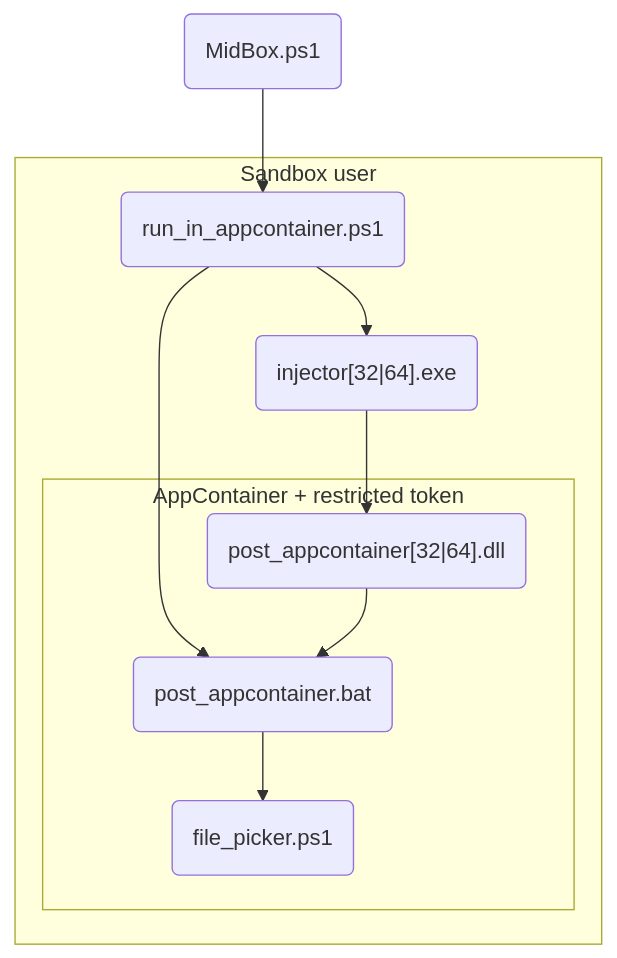
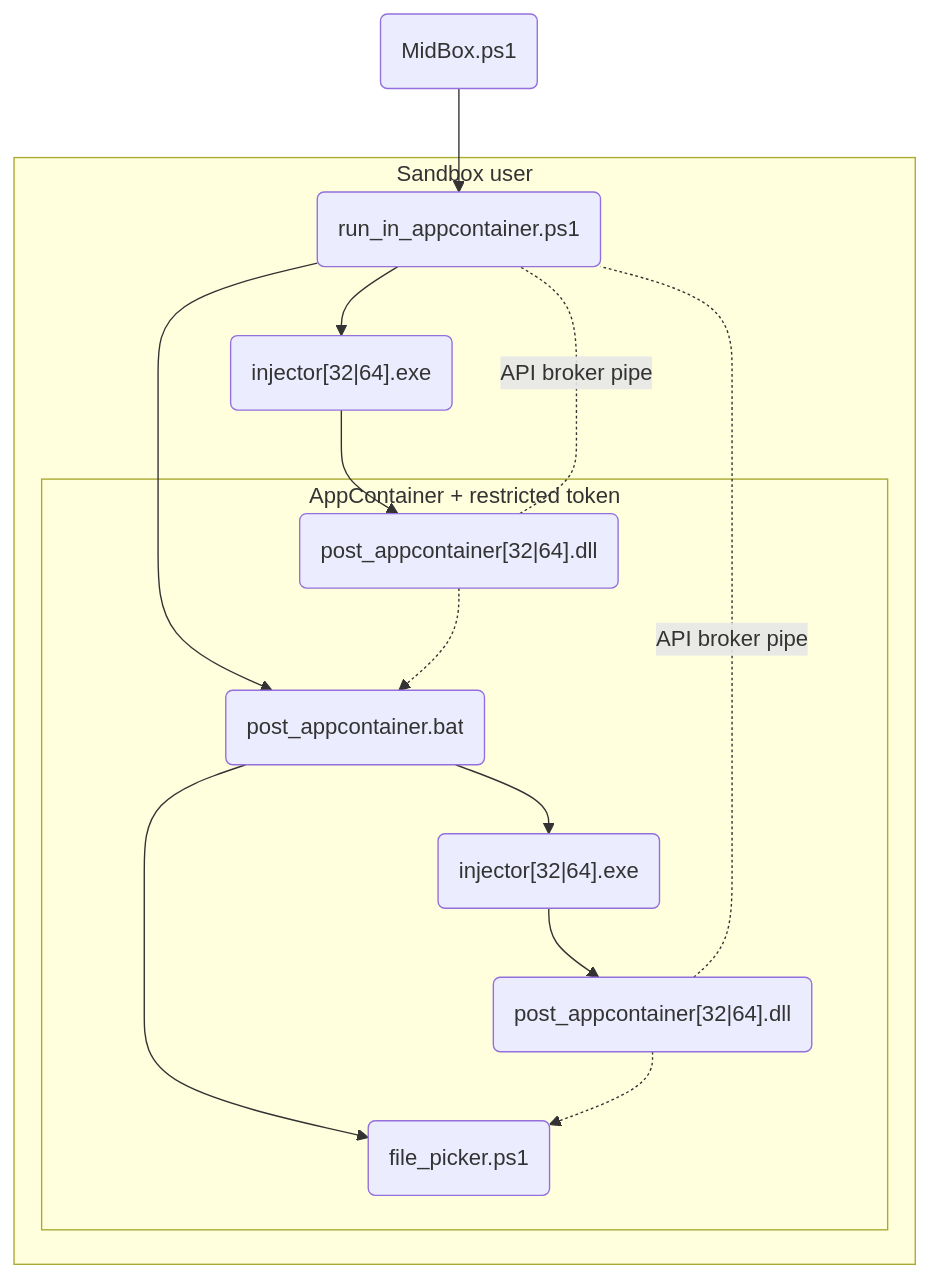
The diagram in README.md (Meterel/MidBox), drawn with Mermaid before and after one commit. The commit also changed other lines of this file and 15 other files, not shown here.

Commit message:
Added the API broker

````diff
--- a/README.md
+++ b/README.md
@@ -42,16 +60,21 @@
 ```mermaid
 flowchart
     midbox("MidBox.ps1")
     midbox-->rac("run_in_appcontainer.ps1")
+    dll-.API broker pipe.-rac
+    dll2-.API broker pipe.-rac
 
     subgraph Sandbox user
+        rac-->post("post_appcontainer.bat")
         rac-->injector("injector[32|64].exe")
         injector-->dll("post_appcontainer[32|64].dll")
-        rac-->post("post_appcontainer.bat")
 
         subgraph AppContainer + restricted token
-            dll-->post
+            dll-.->post
             post-->target("file_picker.ps1")
+            post-->injector2("injector[32|64].exe")
+            injector2-->dll2("post_appcontainer[32|64].dll")
+            dll2-.->target
         end
     end
 ```
````
